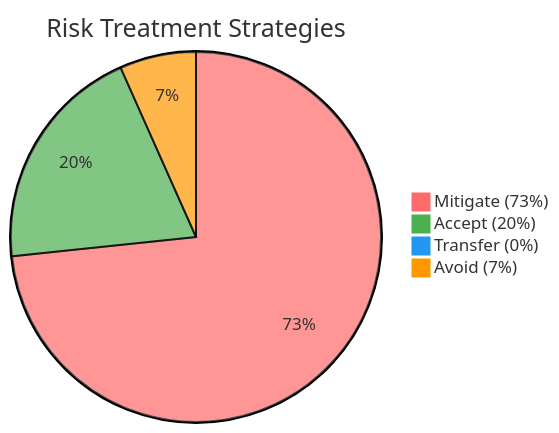
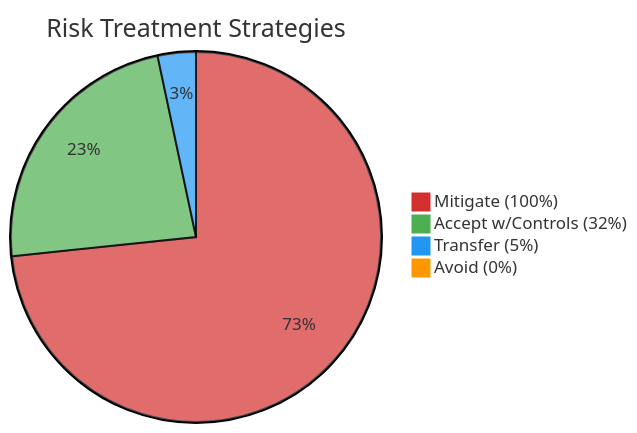
Before and after one commit to Hack23/ISMS-PUBLIC: the fourth of 4 diagrams in Risk_Register.md, drawn with Mermaid. The commit also changed other lines of this file and 35 other files, not shown here.

````diff
--- a/Risk_Register.md
+++ b/Risk_Register.md
@@ -481,8 +1213,8 @@
 ```mermaid
-%%{init: {'theme': 'base', 'themeVariables': {'pie1': '#ff6b6b', 'pie2': '#4caf50', 'pie3': '#2196f3', 'pie4': '#ff9800'}}}%%
+%%{init: {'theme': 'base', 'themeVariables': {'pie1': '#D32F2F', 'pie2': '#4CAF50', 'pie3': '#2196F3', 'pie4': '#FF9800'}}}%%
 pie title Risk Treatment Strategies
-    "Mitigate (73%)" : 11
-    "Accept (20%)" : 3
-    "Transfer (0%)" : 0
-    "Avoid (7%)" : 1
+    "Mitigate (100%)" : 22
+    "Accept w/Controls (32%)" : 7
+    "Transfer (5%)" : 1
+    "Avoid (0%)" : 0
 ```
````
